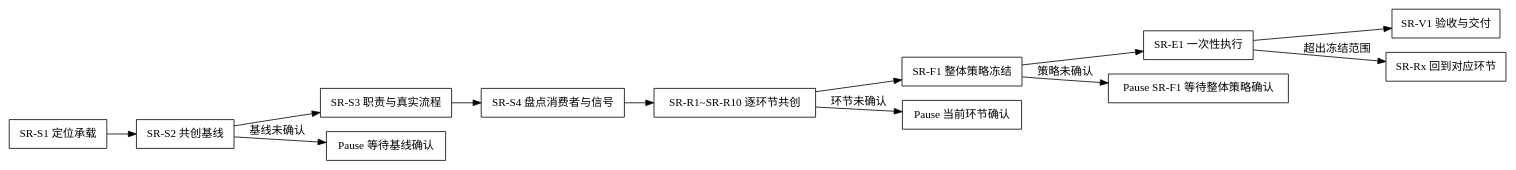
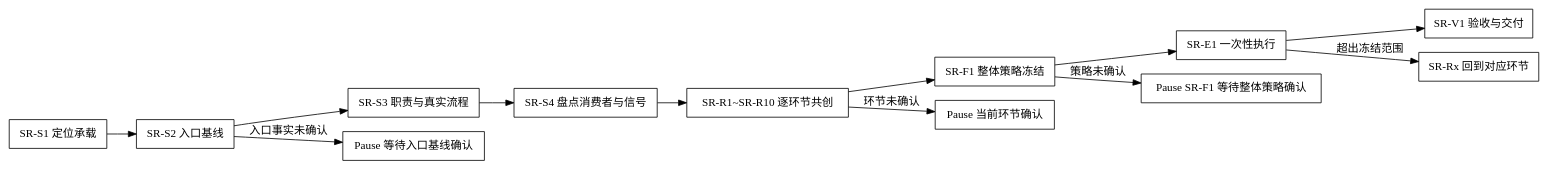
The diagram in shared/skills/skill-refiner/SKILL.md (jieli-cqwl/org-claude-skills), drawn with Graphviz before and after one commit. The commit also changed other lines of this file and 60 other files, not shown here.

````diff
--- a/shared/skills/skill-refiner/SKILL.md
+++ b/shared/skills/skill-refiner/SKILL.md
@@ -54,17 +55,17 @@
 ```dot
 digraph skill_refiner_flow {
   rankdir=LR;
   node [shape=box];
-  "SR-S1 定位承载" -> "SR-S2 共创基线";
-  "SR-S2 共创基线" -> "SR-S3 职责与真实流程";
+  "SR-S1 定位承载" -> "SR-S2 入口基线";
+  "SR-S2 入口基线" -> "SR-S3 职责与真实流程";
   "SR-S3 职责与真实流程" -> "SR-S4 盘点消费者与信号";
   "SR-S4 盘点消费者与信号" -> "SR-R1~SR-R10 逐环节共创";
   "SR-R1~SR-R10 逐环节共创" -> "SR-F1 整体策略冻结";
   "SR-F1 整体策略冻结" -> "SR-E1 一次性执行";
   "SR-E1 一次性执行" -> "SR-V1 验收与交付";
-  "SR-S2 共创基线" -> "Pause 等待基线确认" [label="基线未确认"];
+  "SR-S2 入口基线" -> "Pause 等待入口基线确认" [label="入口事实未确认"];
   "SR-R1~SR-R10 逐环节共创" -> "Pause 当前环节确认" [label="环节未确认"];
   "SR-F1 整体策略冻结" -> "Pause SR-F1 等待整体策略确认" [label="策略未确认"];
   "SR-E1 一次性执行" -> "SR-Rx 回到对应环节" [label="超出冻结范围"];
 }
 ```
````
